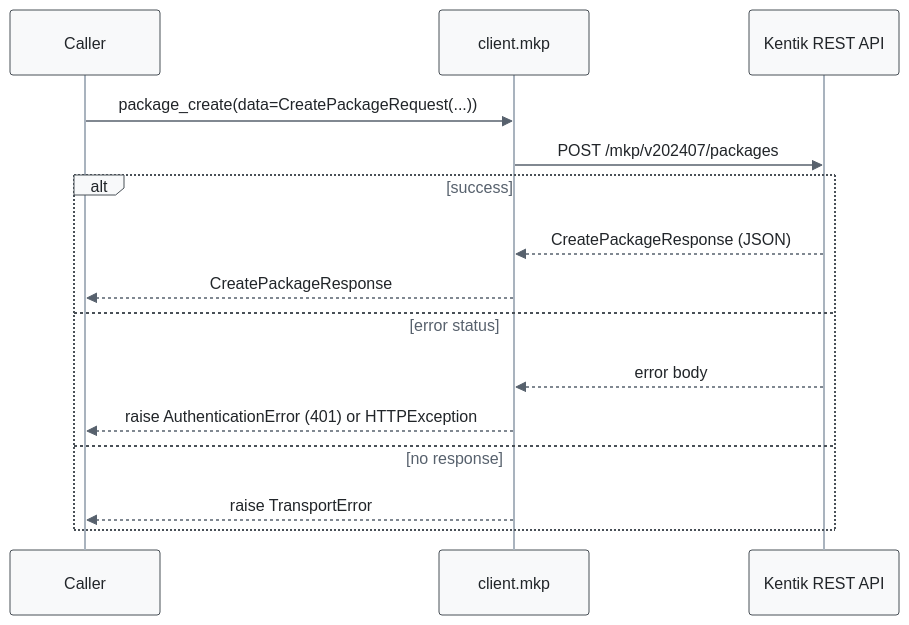
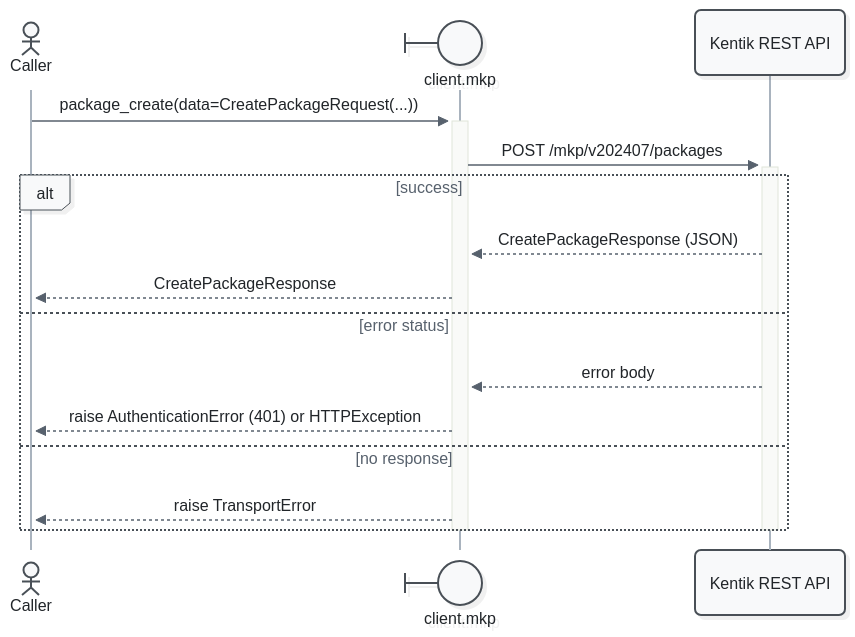
One commit to alexdearaujo/community_sdk_python changed the third of 29 diagrams in docs/sphinx/services/mkp.md. Above: the diagram before and after it, drawn with Mermaid. The commit also changed other lines of this file and 52 other files, not shown here.

First line of the commit message:
docs: Mermaid 12 sequence diagrams with participant types and path colors

````diff
--- a/docs/sphinx/services/mkp.md
+++ b/docs/sphinx/services/mkp.md
@@ -105,19 +110,21 @@
 ```mermaid
-%%{init: {"theme": "base", "fontFamily": "ui-monospace, SFMono-Regular, Menlo, monospace", "themeVariables": {"fontFamily": "ui-monospace, SFMono-Regular, Menlo, monospace", "primaryColor": "#f8f9fa", "primaryBorderColor": "#495057", "primaryTextColor": "#212529", "textColor": "#212529", "lineColor": "#77818c", "edgeLabelBackground": "#ffffff", "actorBkg": "#f8f9fa", "actorBorder": "#495057", "actorTextColor": "#212529", "actorLineColor": "#a9b3be", "signalColor": "#57616d", "signalTextColor": "#212529", "labelBoxBkgColor": "#f8f9fa", "labelBoxBorderColor": "#495057", "labelTextColor": "#212529", "loopTextColor": "#57616d", "noteBkgColor": "#fff9db", "noteBorderColor": "#f08c00", "noteTextColor": "#a35a00"}, "flowchart": {"curve": "step", "nodeSpacing": 30, "rankSpacing": 70, "wrappingWidth": 400}}}%%
+%%{init: {"theme": "redux", "look": "neo", "layout": "dagre", "fontFamily": "ui-monospace, SFMono-Regular, Menlo, monospace", "themeVariables": {"fontFamily": "ui-monospace, SFMono-Regular, Menlo, monospace", "primaryColor": "#f8f9fa", "primaryBorderColor": "#495057", "primaryTextColor": "#212529", "textColor": "#212529", "lineColor": "#77818c", "edgeLabelBackground": "#ffffff", "actorBkg": "#f8f9fa", "actorBorder": "#495057", "actorTextColor": "#212529", "actorLineColor": "#a9b3be", "signalColor": "#57616d", "signalTextColor": "#212529", "labelBoxBkgColor": "#f8f9fa", "labelBoxBorderColor": "#495057", "labelTextColor": "#212529", "loopTextColor": "#57616d", "noteBkgColor": "#fff9db", "noteBorderColor": "#f08c00", "noteTextColor": "#a35a00"}, "sequence": {"activationWidth": 16}, "flowchart": {"curve": "step", "nodeSpacing": 30, "rankSpacing": 70, "wrappingWidth": 400}}}%%
 sequenceDiagram
-    participant C as Caller
-    participant W as client.mkp
+    actor C as Caller
+    participant W@{ "type": "boundary" } as client.mkp
     participant API as Kentik REST API
 
-    C->>W: package_create(data=CreatePackageRequest(...))
-    W->>API: POST /mkp/v202407/packages
+    C->>+W: package_create(data=CreatePackageRequest(...))
+    W->>+API: POST /mkp/v202407/packages
     alt success
         API-->>W: CreatePackageResponse (JSON)
         W-->>C: CreatePackageResponse
     else error status
         API-->>W: error body
         W-->>C: raise AuthenticationError (401) or HTTPException
     else no response
         W-->>C: raise TransportError
     end
+    deactivate API
+    deactivate W
 ```
````
